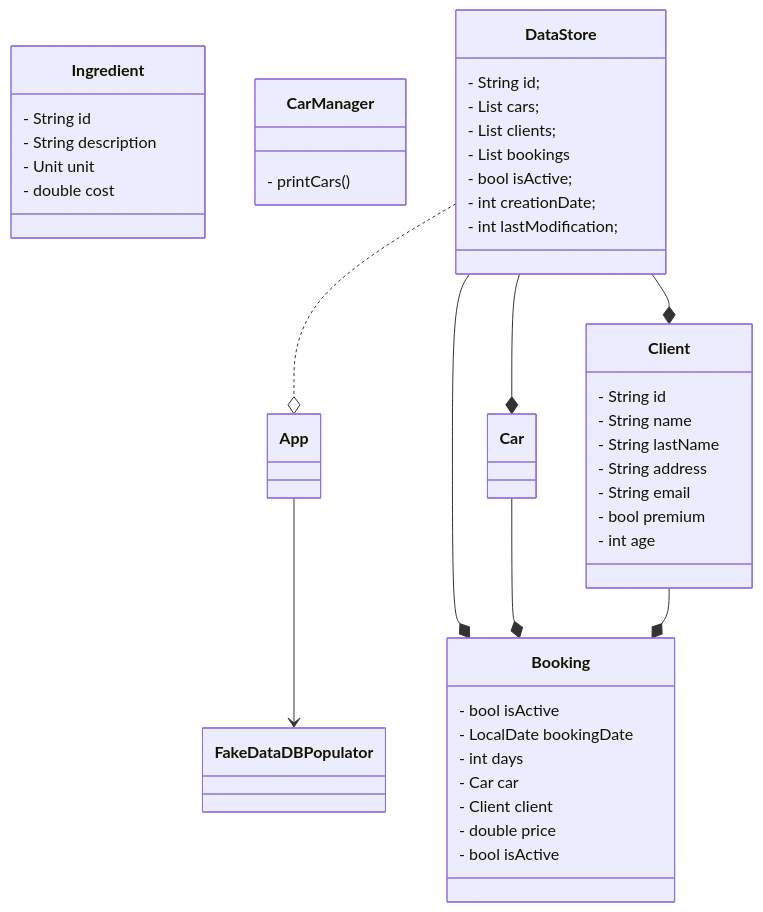
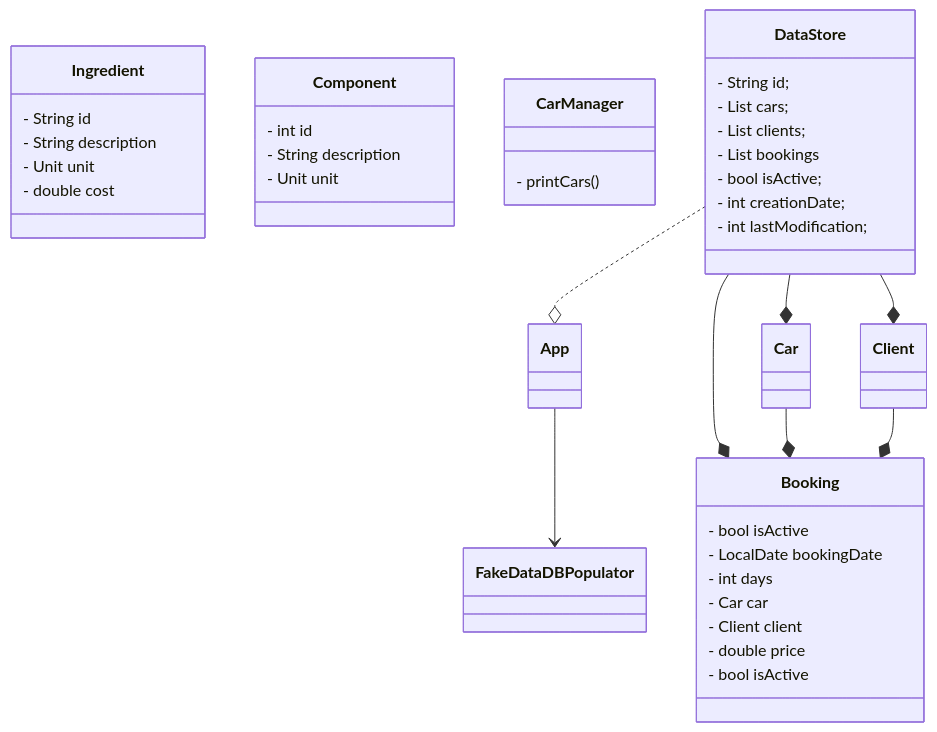
Before and after one commit to cvilafer/Formulations: the diagram in docs/uml.md, drawn with Mermaid. The commit also changed other lines of this file, not shown here.

````diff
--- a/docs/uml.md
+++ b/docs/uml.md
@@ -121,63 +121,59 @@
 ```mermaid
 classDiagram
     class App {
 
     } 
 
     class Ingredient{
       - String id
       - String description
       - Unit unit
       - double cost    
     }
-    class Client{
-      - String id
-      - String name
-      - String lastName
-      - String address
-      - String email
-      - bool premium
-      - int age
+    class Component{
+        - int id
+    - String description
+    - Unit unit
     }
     class Booking{
       - bool isActive
       - LocalDate bookingDate
       - int days
       - Car car
       - Client client
       - double price
       - bool isActive  
 
     }
 
     class FakeDataDBPopulator {
     }
 
     class CarManager {
 
      - printCars()
 
     }
 
     class DataStore {
 
     - String id;
     - List<Car> cars;
     - List<Client> clients;
     - List <Booking> bookings
     - bool isActive;
     - int creationDate;
     - int lastModification;
 
 
      }
 
 
     App --> FakeDataDBPopulator
     DataStore ..o App
     DataStore --* Car
     DataStore --* Booking
     DataStore --* Client
     Car --* Booking
     Client --* Booking
 ```
````
